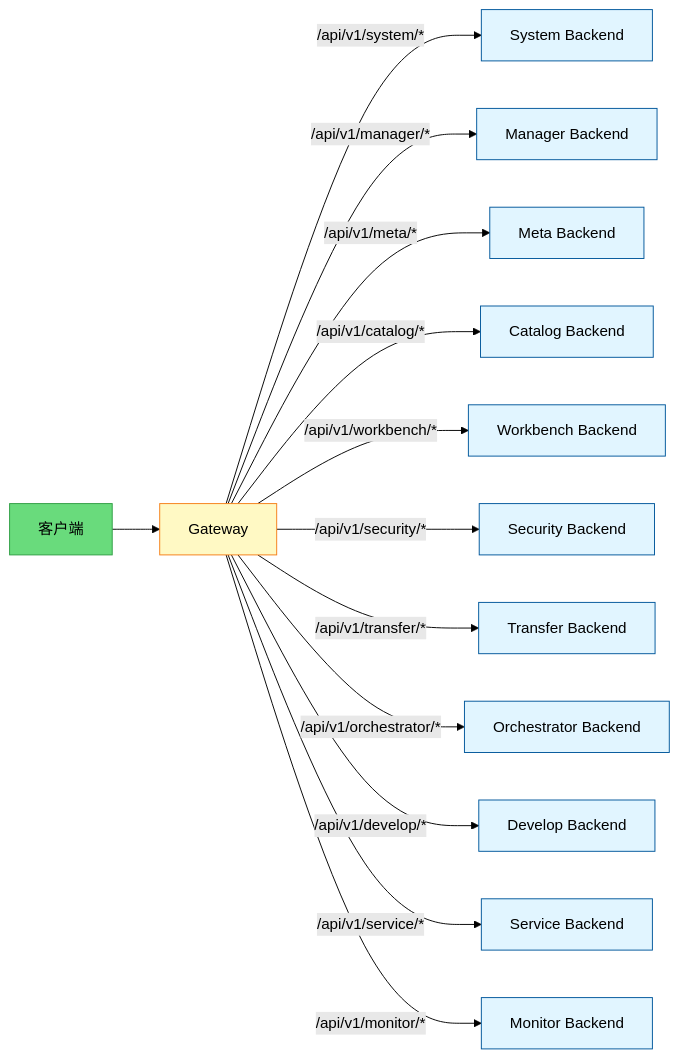
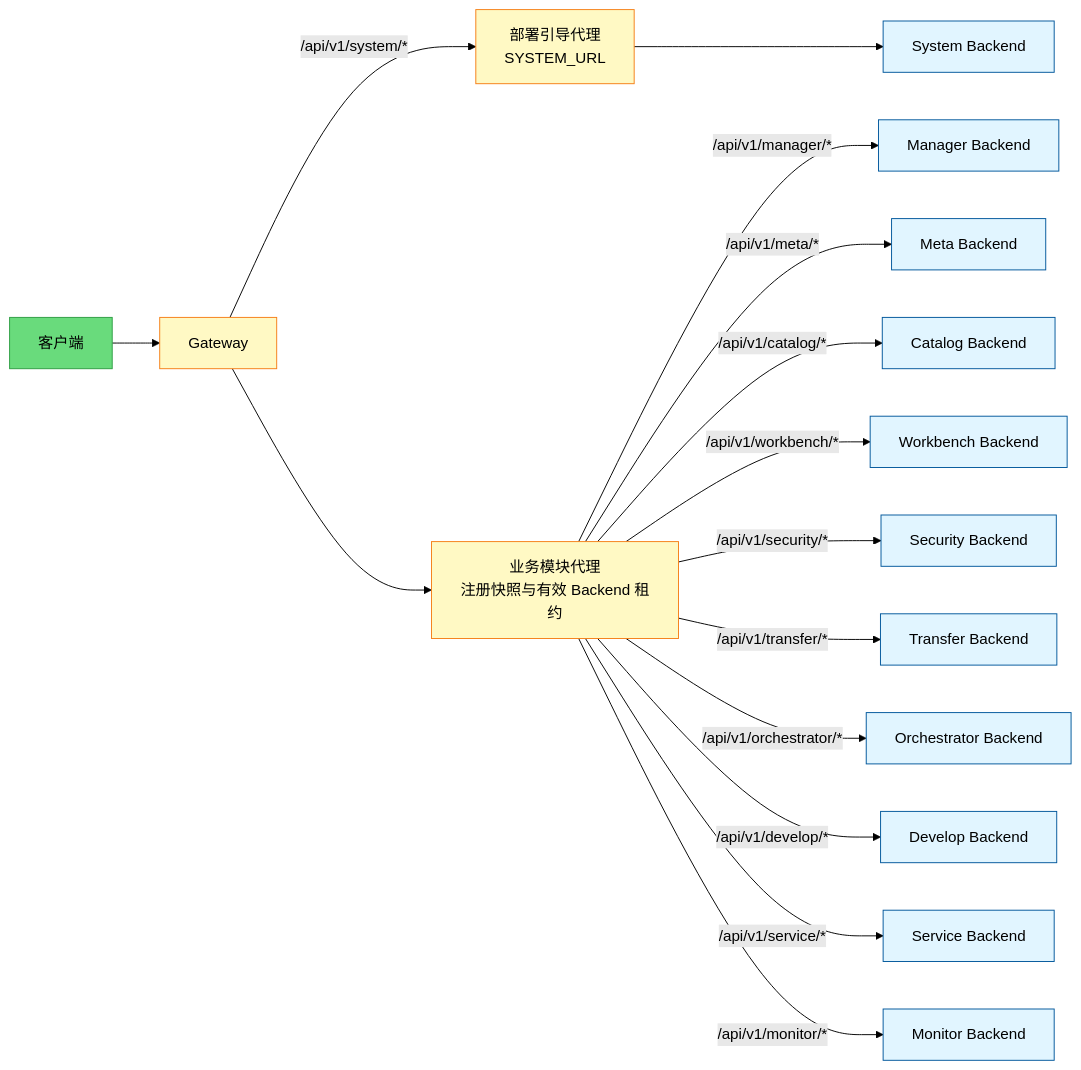
Before and after one commit to pampa0629/addp: the second of 2 diagrams in docs/concepts/modules/Gateway注册与路由.md, drawn with Mermaid (forest theme). The commit also changed other lines of this file, not shown here.

Commit message:
docs: distinguish system bootstrap proxy in gateway routing diagrams

````diff
--- a/docs/concepts/modules/Gateway注册与路由.md
+++ b/docs/concepts/modules/Gateway注册与路由.md
@@ -135,24 +138,26 @@
 ```mermaid
 graph LR
     Client[客户端] --> Gateway[Gateway]
 
-    Gateway --> |/api/v1/system/*| System[System Backend]
-    Gateway --> |/api/v1/manager/*| Manager[Manager Backend]
-    Gateway --> |/api/v1/meta/*| Meta[Meta Backend]
-    Gateway --> |/api/v1/catalog/*| Catalog[Catalog Backend]
-    Gateway --> |/api/v1/workbench/*| Workbench[Workbench Backend]
-    Gateway --> |/api/v1/security/*| Security[Security Backend]
-    Gateway --> |/api/v1/transfer/*| Transfer[Transfer Backend]
-    Gateway --> |/api/v1/orchestrator/*| Orchestrator[Orchestrator Backend]
-    Gateway --> |/api/v1/develop/*| Develop[Develop Backend]
-    Gateway --> |/api/v1/service/*| Service[Service Backend]
-    Gateway --> |/api/v1/monitor/*| Monitor[Monitor Backend]
+    Gateway --> |/api/v1/system/*| SystemProxy[部署引导代理<br/>SYSTEM_URL]
+    SystemProxy --> System[System Backend]
+    Gateway --> DynamicProxy[业务模块代理<br/>注册快照与有效 Backend 租约]
+    DynamicProxy --> |/api/v1/manager/*| Manager[Manager Backend]
+    DynamicProxy --> |/api/v1/meta/*| Meta[Meta Backend]
+    DynamicProxy --> |/api/v1/catalog/*| Catalog[Catalog Backend]
+    DynamicProxy --> |/api/v1/workbench/*| Workbench[Workbench Backend]
+    DynamicProxy --> |/api/v1/security/*| Security[Security Backend]
+    DynamicProxy --> |/api/v1/transfer/*| Transfer[Transfer Backend]
+    DynamicProxy --> |/api/v1/orchestrator/*| Orchestrator[Orchestrator Backend]
+    DynamicProxy --> |/api/v1/develop/*| Develop[Develop Backend]
+    DynamicProxy --> |/api/v1/service/*| Service[Service Backend]
+    DynamicProxy --> |/api/v1/monitor/*| Monitor[Monitor Backend]
 
     classDef client fill:#69db7c,stroke:#2f9e44
     classDef gateway fill:#fff9c4,stroke:#f57f17
     classDef backend fill:#e1f5ff,stroke:#01579b
 
     class Client client
-    class Gateway gateway
+    class Gateway,SystemProxy,DynamicProxy gateway
     class System,Manager,Meta,Catalog,Workbench,Security,Transfer,Orchestrator,Develop,Service,Monitor backend
 ```
````
